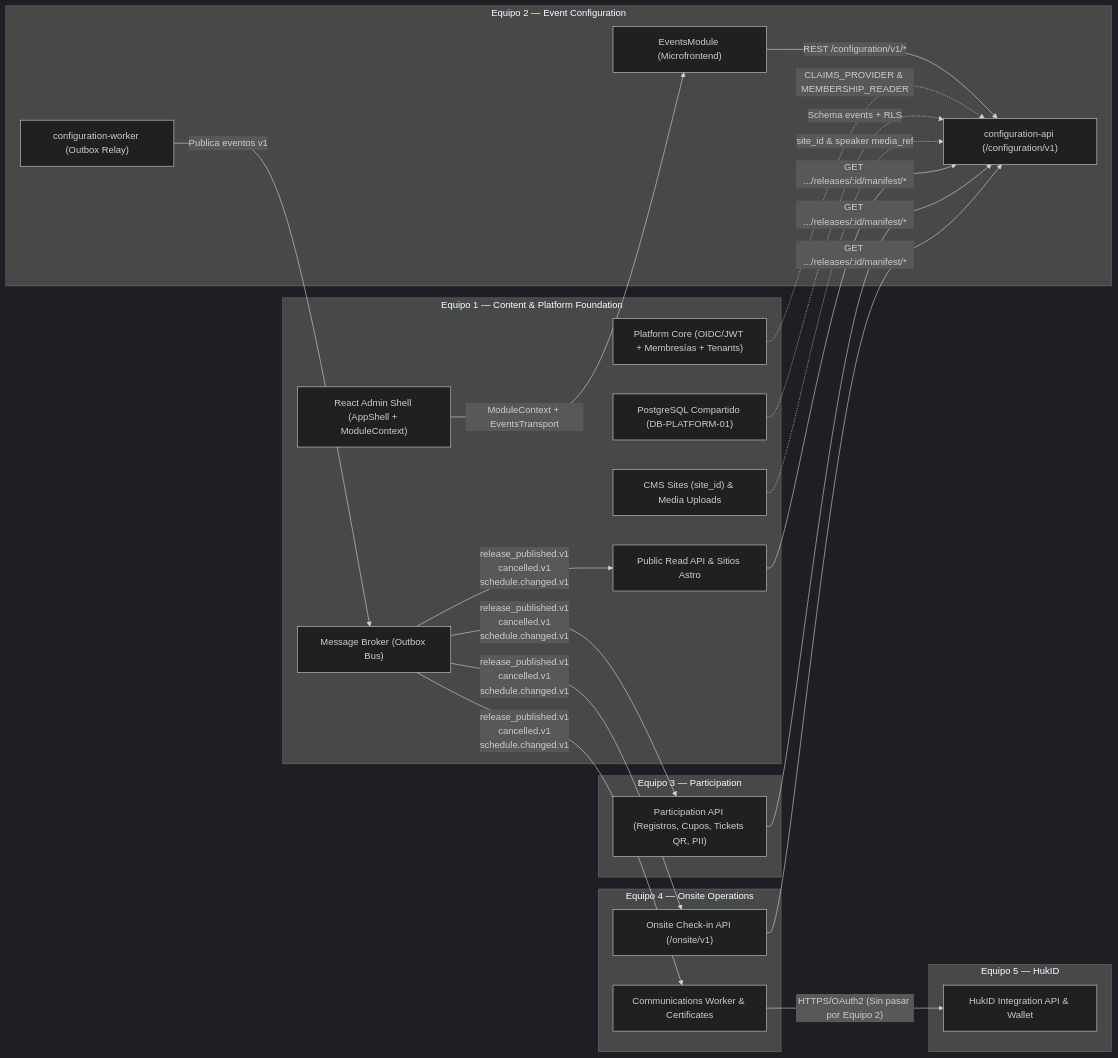
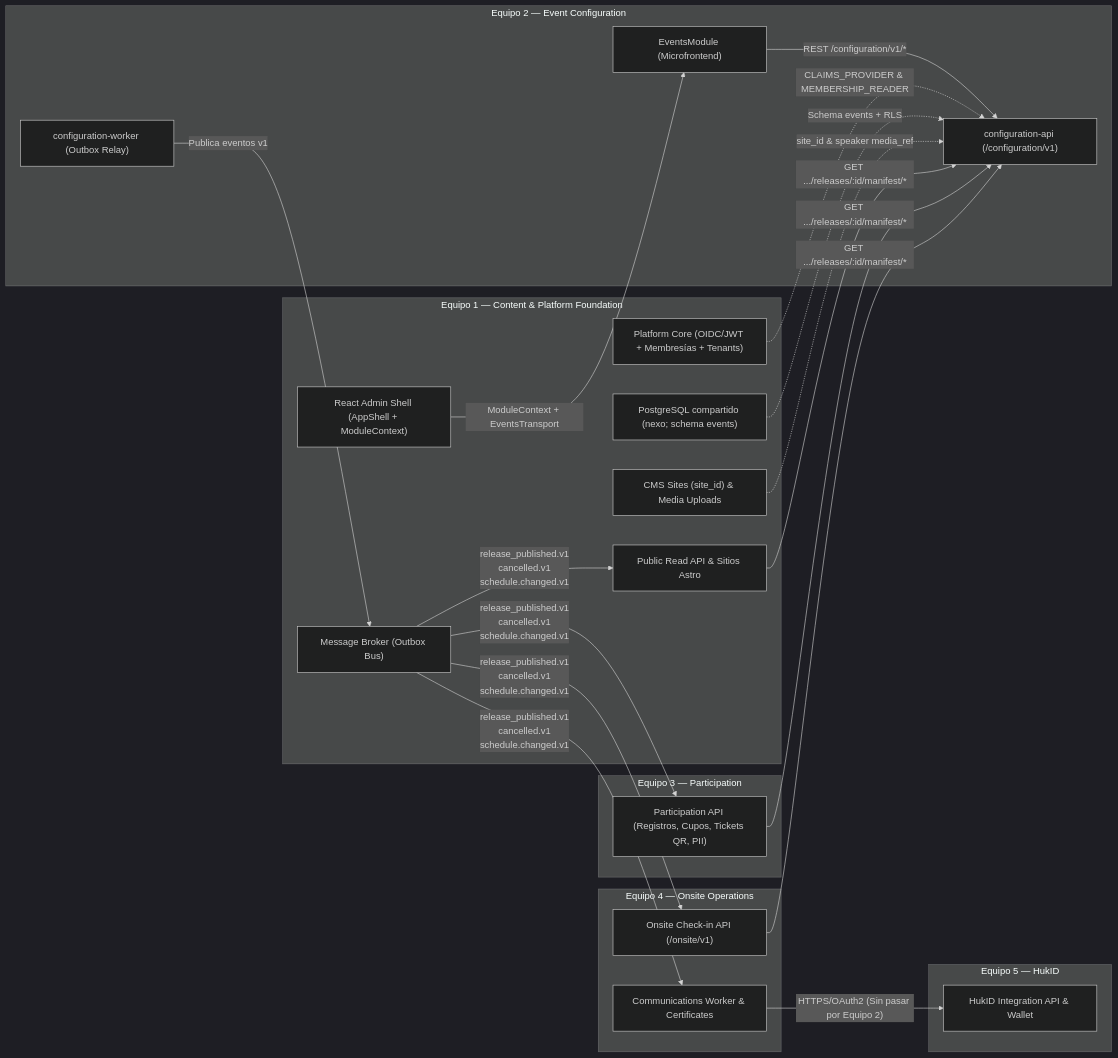
Before and after one commit to juancxdev/nexo: the diagram in microservices/event-configuration/docs/EXTERNAL-INTEGRATION.md, drawn with Mermaid (dark theme). The commit also changed other lines of this file and 86 other files, not shown here.

````diff
--- a/microservices/event-configuration/docs/EXTERNAL-INTEGRATION.md
+++ b/microservices/event-configuration/docs/EXTERNAL-INTEGRATION.md
@@ -17,45 +17,45 @@
 ```mermaid
 flowchart LR
   subgraph Team1["Equipo 1 — Content & Platform Foundation"]
     CoreAuth["Platform Core (OIDC/JWT + Membresías + Tenants)"]
-    SharedDB["PostgreSQL Compartido (DB-PLATFORM-01)"]
+    SharedDB["PostgreSQL compartido (nexo; schema events)"]
     Shell["React Admin Shell (AppShell + ModuleContext)"]
     Broker["Message Broker (Outbox Bus)"]
     CMSMedia["CMS Sites (site_id) & Media Uploads"]
     PublicRead["Public Read API & Sitios Astro"]
   end
 
   subgraph Team2["Equipo 2 — Event Configuration"]
     EventsMFE["EventsModule (Microfrontend)"]
     ConfigAPI["configuration-api (/configuration/v1)"]
     ConfigWorker["configuration-worker (Outbox Relay)"]
   end
 
   subgraph Team3["Equipo 3 — Participation"]
     PartAPI["Participation API (Registros, Cupos, Tickets QR, PII)"]
   end
 
   subgraph Team4["Equipo 4 — Onsite Operations"]
     OnsiteAPI["Onsite Check-in API (/onsite/v1)"]
     OpsWorker["Communications Worker & Certificates"]
   end
 
   subgraph Team5["Equipo 5 — HukID"]
     HukID["HukID Integration API & Wallet"]
   end
 
   Shell -->|"ModuleContext + EventsTransport"| EventsMFE
   EventsMFE -->|"REST /configuration/v1/*"| ConfigAPI
   CoreAuth -.->|"CLAIMS_PROVIDER & MEMBERSHIP_READER"| ConfigAPI
   SharedDB -.->|"Schema events + RLS"| ConfigAPI
   CMSMedia -.->|"site_id & speaker media_ref"| ConfigAPI
   ConfigWorker -->|"Publica eventos v1"| Broker
   Broker -->|"release_published.v1\ncancelled.v1\nschedule.changed.v1"| PublicRead
   Broker -->|"release_published.v1\ncancelled.v1\nschedule.changed.v1"| PartAPI
   Broker -->|"release_published.v1\ncancelled.v1\nschedule.changed.v1"| OnsiteAPI
   Broker -->|"release_published.v1\ncancelled.v1\nschedule.changed.v1"| OpsWorker
   PublicRead -->|"GET .../releases/:id/manifest/*"| ConfigAPI
   PartAPI -->|"GET .../releases/:id/manifest/*"| ConfigAPI
   OnsiteAPI -->|"GET .../releases/:id/manifest/*"| ConfigAPI
   OpsWorker -->|"HTTPS/OAuth2 (Sin pasar por Equipo 2)"| HukID
 ```
````
